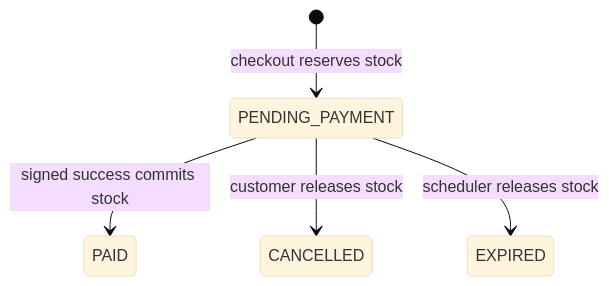
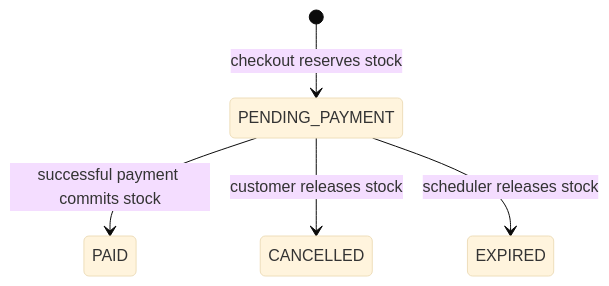
The second of 2 diagrams in README.md (reiky03/OrderForge), drawn with Mermaid (base theme) before and after one commit. The commit also changed other lines of this file and 6 other files, not shown here.

````diff
--- a/README.md
+++ b/README.md
@@ -65,7 +86,7 @@
 ```mermaid
 stateDiagram-v2
   [*] --> PENDING_PAYMENT: checkout reserves stock
-  PENDING_PAYMENT --> PAID: signed success commits stock
+  PENDING_PAYMENT --> PAID: successful payment commits stock
   PENDING_PAYMENT --> CANCELLED: customer releases stock
   PENDING_PAYMENT --> EXPIRED: scheduler releases stock
 ```
````
